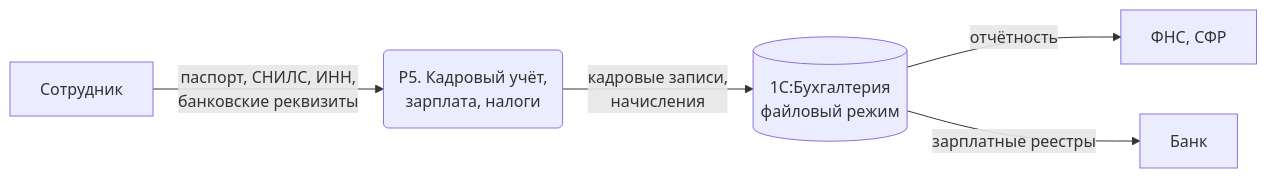
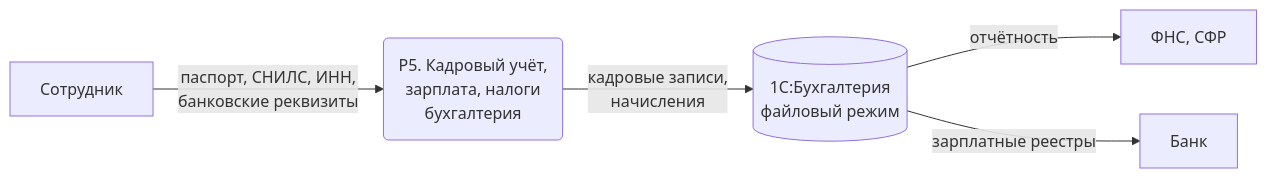
One commit to jkurb/architecture-medikamente changed the fifth of 7 diagrams in Task1/02-dfd-as-is.md. Above: the diagram before and after it, drawn with Mermaid. The commit also changed other lines of this file and 6 other files, not shown here.

````diff
--- a/Task1/02-dfd-as-is.md
+++ b/Task1/02-dfd-as-is.md
@@ -89,13 +89,13 @@
 ```mermaid
 flowchart LR
     EMP[Сотрудник]
-    HR(P5. Кадровый учёт,<br/>зарплата, налоги)
+    HR(P5. Кадровый учёт,<br/>зарплата, налоги<br/>бухгалтерия)
     BUH[(1С:Бухгалтерия<br/>файловый режим)]
     FNS[ФНС, СФР]
     BANK[Банк]
 
     EMP -- "паспорт, СНИЛС, ИНН,<br/>банковские реквизиты" --> HR
     HR -- "кадровые записи,<br/>начисления" --> BUH
     BUH -- "отчётность" --> FNS
     BUH -- "зарплатные реестры" --> BANK
 ```
````
